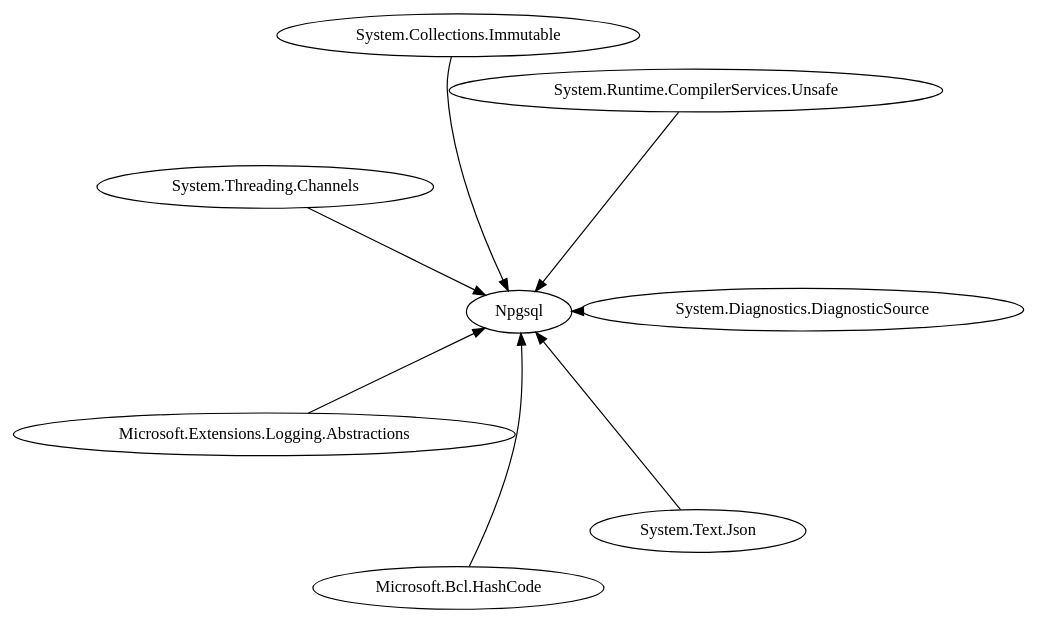
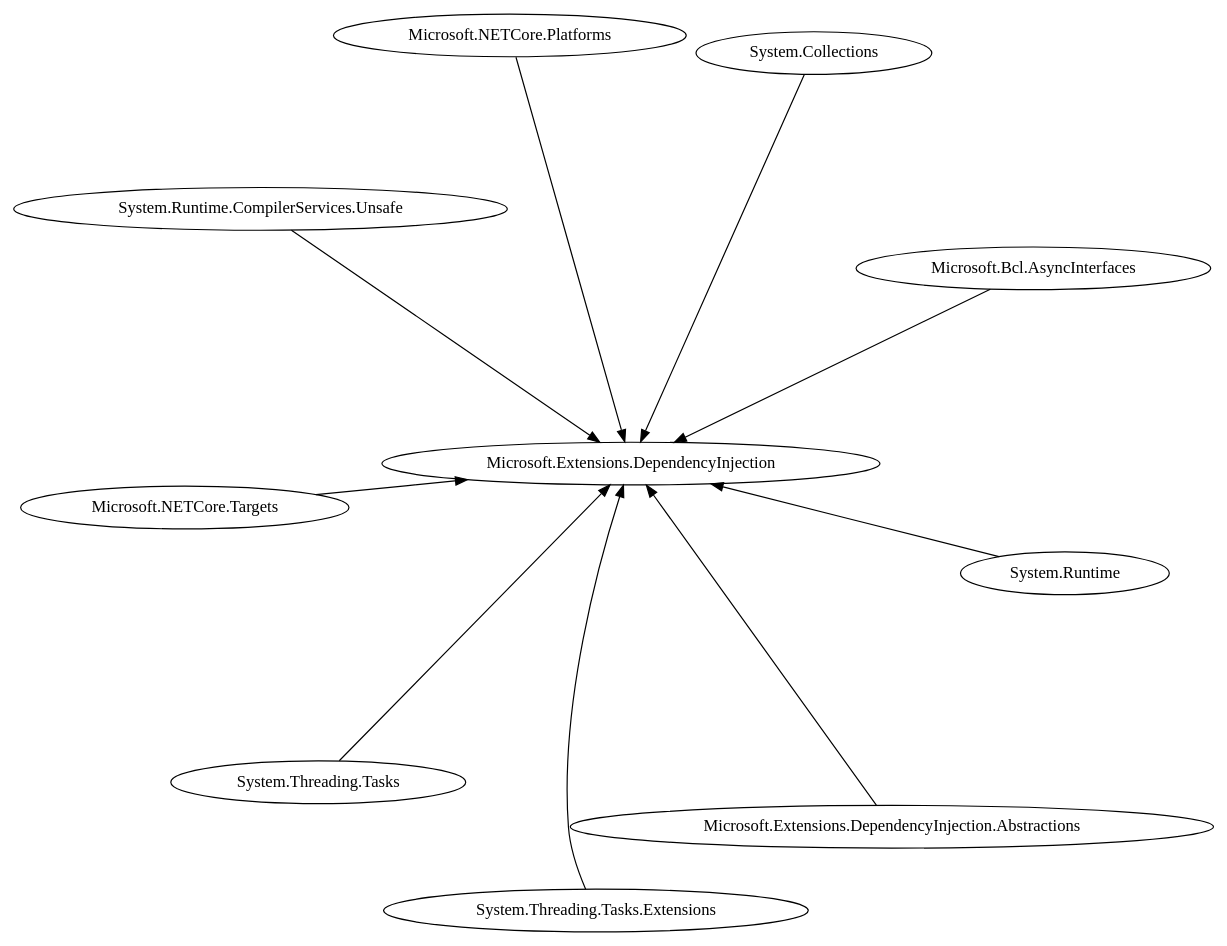
The diagram in Task_2/graph.dot (andaran/Configuration_management), drawn with Graphviz before and after one commit. The commit also changed 7 other files, not shown here.

```diff
--- a/Task_2/graph.dot
+++ b/Task_2/graph.dot
@@ -1,11 +1,13 @@
 digraph G {
     graph [layout=neato, overlap=false, splines=true];
-    "Npgsql"
-    "System.Diagnostics.DiagnosticSource" -> "Npgsql";
-    "Microsoft.Bcl.HashCode" -> "Npgsql";
-    "System.Threading.Channels" -> "Npgsql";
-    "System.Runtime.CompilerServices.Unsafe" -> "Npgsql";
-    "System.Collections.Immutable" -> "Npgsql";
-    "Microsoft.Extensions.Logging.Abstractions" -> "Npgsql";
-    "System.Text.Json" -> "Npgsql";
+    "Microsoft.Extensions.DependencyInjection"
+    "Microsoft.Bcl.AsyncInterfaces" -> "Microsoft.Extensions.DependencyInjection";
+    "System.Threading.Tasks.Extensions" -> "Microsoft.Extensions.DependencyInjection";
+    "System.Runtime.CompilerServices.Unsafe" -> "Microsoft.Extensions.DependencyInjection";
+    "System.Collections" -> "Microsoft.Extensions.DependencyInjection";
+    "Microsoft.NETCore.Platforms" -> "Microsoft.Extensions.DependencyInjection";
+    "Microsoft.NETCore.Targets" -> "Microsoft.Extensions.DependencyInjection";
+    "System.Runtime" -> "Microsoft.Extensions.DependencyInjection";
+    "System.Threading.Tasks" -> "Microsoft.Extensions.DependencyInjection";
+    "Microsoft.Extensions.DependencyInjection.Abstractions" -> "Microsoft.Extensions.DependencyInjection";
 }
```
